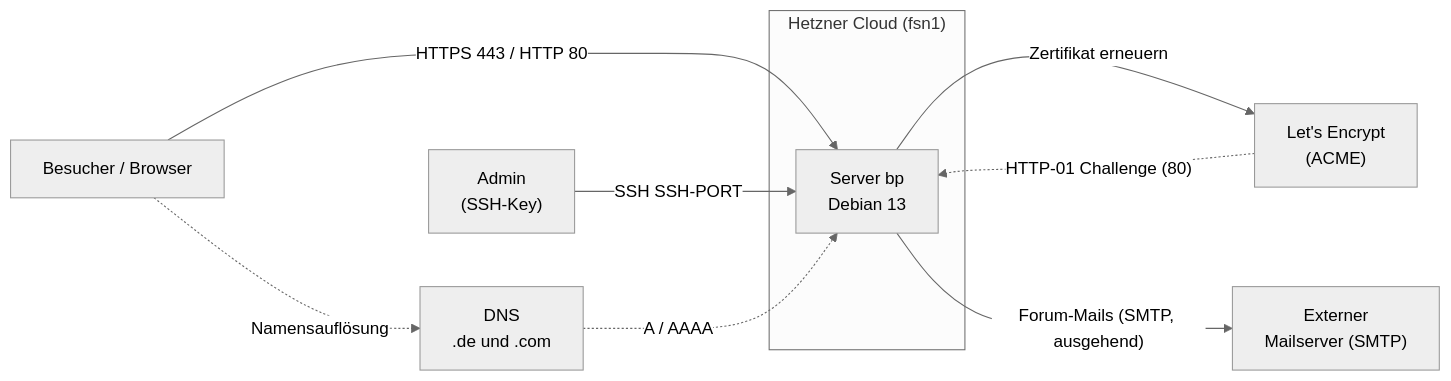
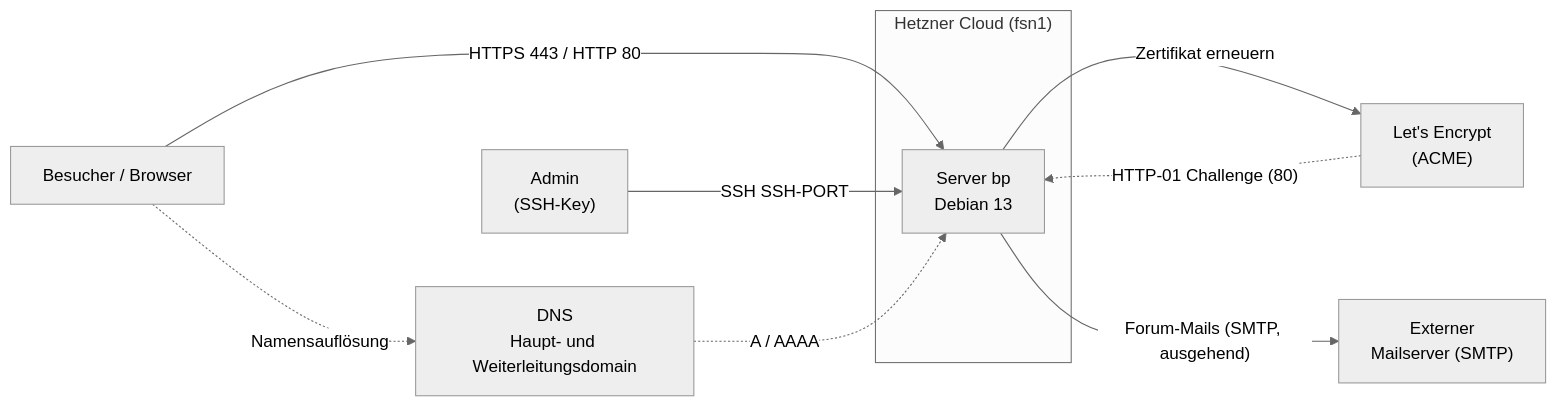
Before and after one commit to AnThi2022/bp-server-doku-public: the first of 6 diagrams in docs/01-architektur.md, drawn with Mermaid (neutral theme). The commit also changed other lines of this file and 6 other files, not shown here.

````diff
--- a/docs/01-architektur.md
+++ b/docs/01-architektur.md
@@ -7,20 +7,20 @@
 ```mermaid
 flowchart LR
     U["Besucher / Browser"]
     A["Admin<br/>(SSH-Key)"]
     LE["Let's Encrypt<br/>(ACME)"]
-    DNS["DNS<br/>.de und .com"]
+    DNS["DNS<br/>Haupt- und Weiterleitungsdomain"]
     MAIL["Externer<br/>Mailserver (SMTP)"]
 
     subgraph HZ["Hetzner Cloud (fsn1)"]
         S["Server bp<br/>Debian 13"]
     end
 
     U -- "HTTPS 443 / HTTP 80" --> S
     A -- "SSH SSH-PORT" --> S
     S -- "Zertifikat erneuern" --> LE
     S -- "Forum-Mails (SMTP, ausgehend)" --> MAIL
     LE -. "HTTP-01 Challenge (80)" .-> S
     U -. "Namensauflösung" .-> DNS
     DNS -. "A / AAAA" .-> S
 ```
````
